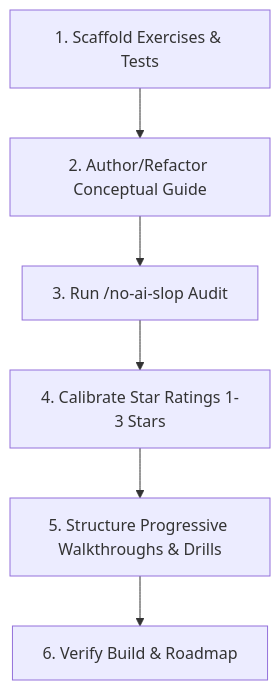
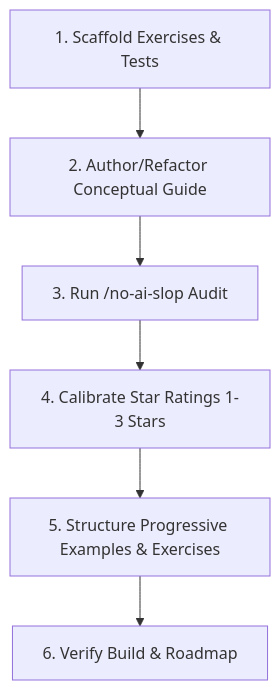
One commit to rynergold/mooc-java changed the diagram in .agents/skills/mooc-create-md-and-exercises/SKILL.md. Above: the diagram before and after it, drawn with Mermaid. The commit also changed other lines of this file and 159 other files, not shown here.

Commit message:
refactor(part01): decouple worked examples, update terminology, add modern Java notes, rename drills to logic

````diff
--- a/.agents/skills/mooc-create-md-and-exercises/SKILL.md
+++ b/.agents/skills/mooc-create-md-and-exercises/SKILL.md
@@ -16,8 +16,8 @@
 ```mermaid
 graph TD
     A[1. Scaffold Exercises & Tests] --> B[2. Author/Refactor Conceptual Guide]
     B --> C[3. Run /no-ai-slop Audit]
     C --> D[4. Calibrate Star Ratings 1-3 Stars]
-    D --> E[5. Structure Progressive Walkthroughs & Drills]
+    D --> E[5. Structure Progressive Examples & Exercises]
     E --> F[6. Verify Build & Roadmap]
 ```
````
